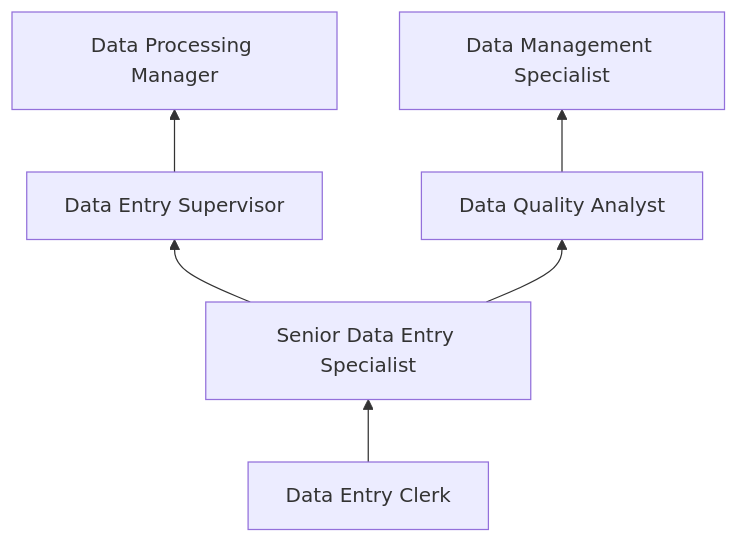
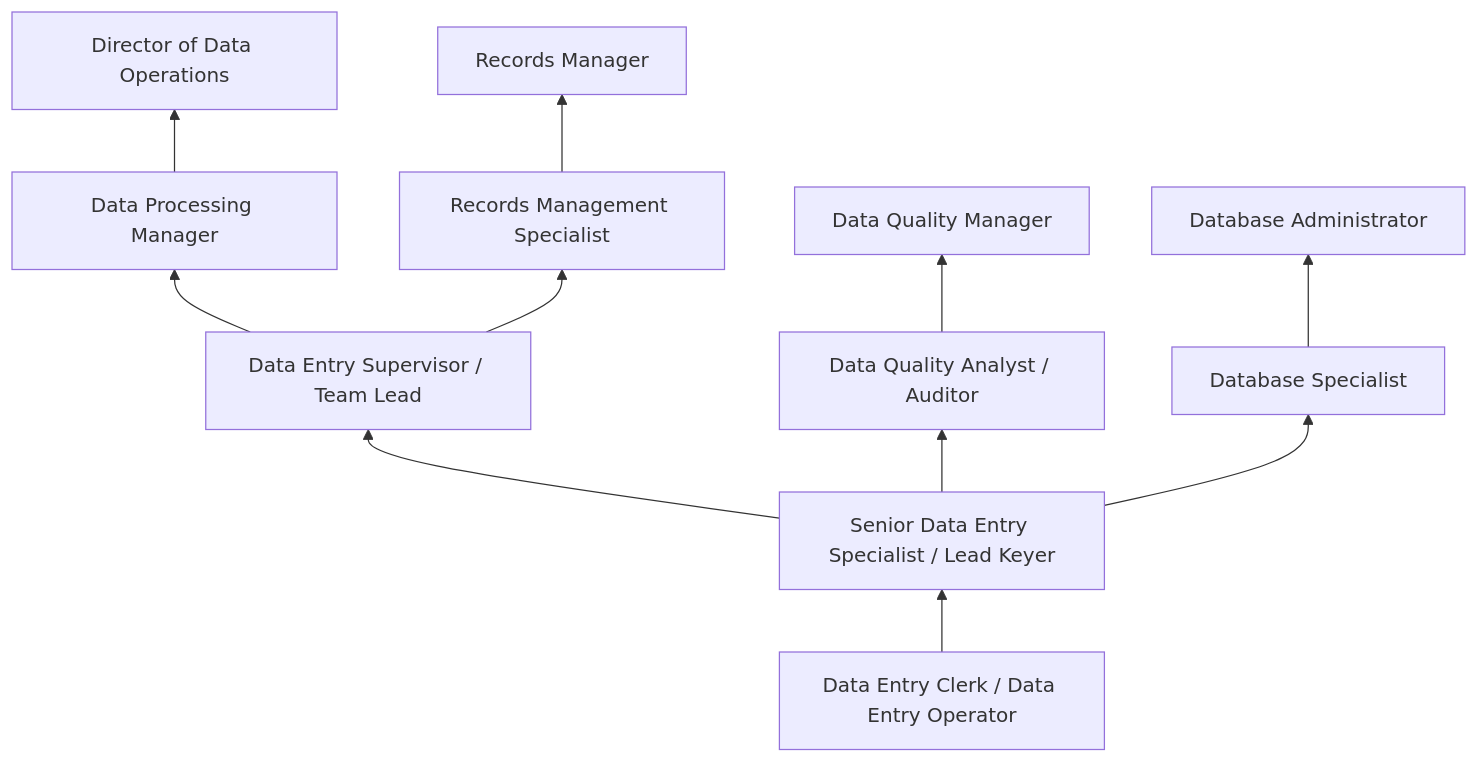
Before and after one commit to kziemski/business.org.ai: the third of 4 diagrams in occupations/Administrative/DataEntryKeyers.mdx, drawn with Mermaid. The commit also changed other lines of this file and 19 other files, not shown here.

````diff
--- a/occupations/Administrative/DataEntryKeyers.mdx
+++ b/occupations/Administrative/DataEntryKeyers.mdx
@@ -77,9 +136,16 @@
 ```mermaid
 graph BT
-    Entry["Data Entry Clerk"] --> Mid["Senior Data Entry Specialist"]
-    Mid --> Supervisor["Data Entry Supervisor"]
+    Entry["Data Entry Clerk / Data Entry Operator"] --> Mid["Senior Data Entry Specialist / Lead Keyer"]
+    Mid --> Supervisor["Data Entry Supervisor / Team Lead"]
     Supervisor --> Manager["Data Processing Manager"]
+    Manager --> Director["Director of Data Operations"]
 
-    Mid --> QA["Data Quality Analyst"]
-    QA --> DataMgr["Data Management Specialist"]
+    Mid --> QA["Data Quality Analyst / Auditor"]
+    QA --> QAMgr["Data Quality Manager"]
+
+    Mid --> DataSpec["Database Specialist"]
+    DataSpec --> DataAdmin["Database Administrator"]
+
+    Supervisor --> Records["Records Management Specialist"]
+    Records --> RecordsMgr["Records Manager"]
 ```
````
